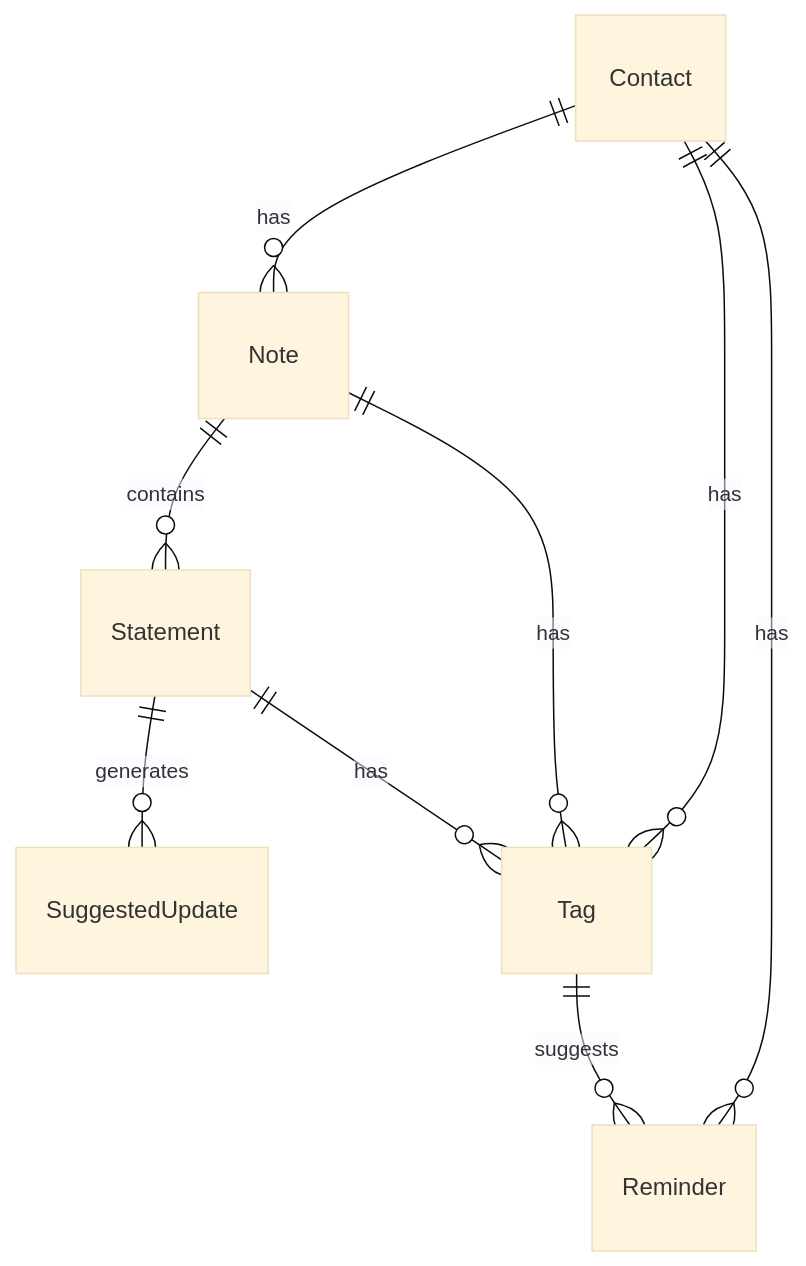
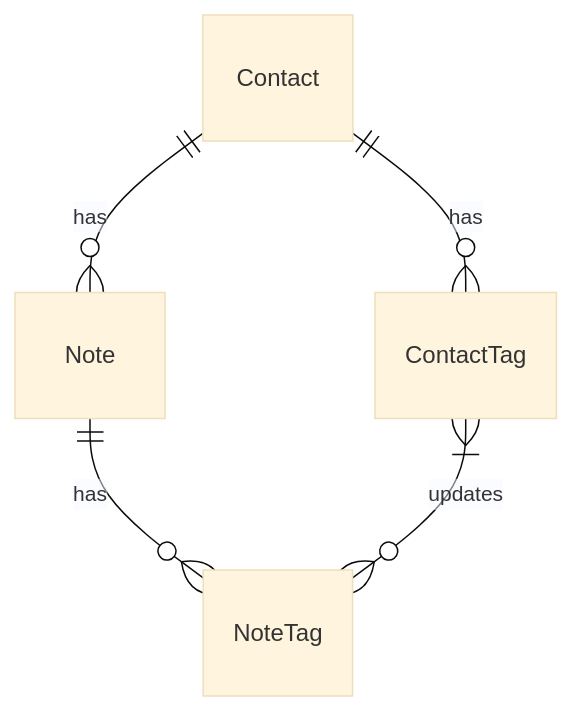
The second of 4 diagrams in docs/brd/modules/contact_management/technical/architecture.md (axjasf/NeverEatAlone), drawn with Mermaid (base theme) before and after one commit. The commit also changed other lines of this file and 3 other files, not shown here.

````diff
--- a/docs/brd/modules/contact_management/technical/architecture.md
+++ b/docs/brd/modules/contact_management/technical/architecture.md
@@ -53,11 +65,7 @@
 ```mermaid
 erDiagram
     Contact ||--o{ Note : has
-    Contact ||--o{ Tag : has
-    Contact ||--o{ Reminder : has
-    Tag ||--o{ Reminder : suggests
-    Note ||--o{ Statement : contains
-    Statement ||--o{ SuggestedUpdate : generates
-    Statement ||--o{ Tag : has
-    Note ||--o{ Tag : has
+    Contact ||--o{ ContactTag : has
+    Note ||--o{ NoteTag : has
+    ContactTag }|--o{ NoteTag : updates
 ```
````
